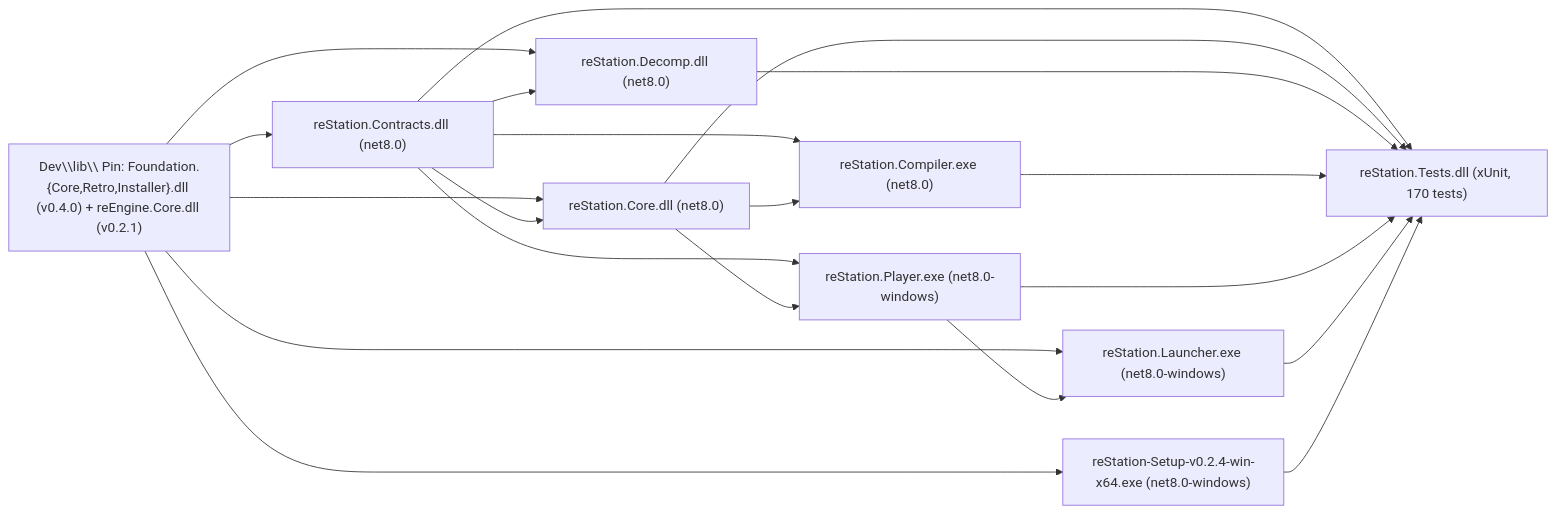
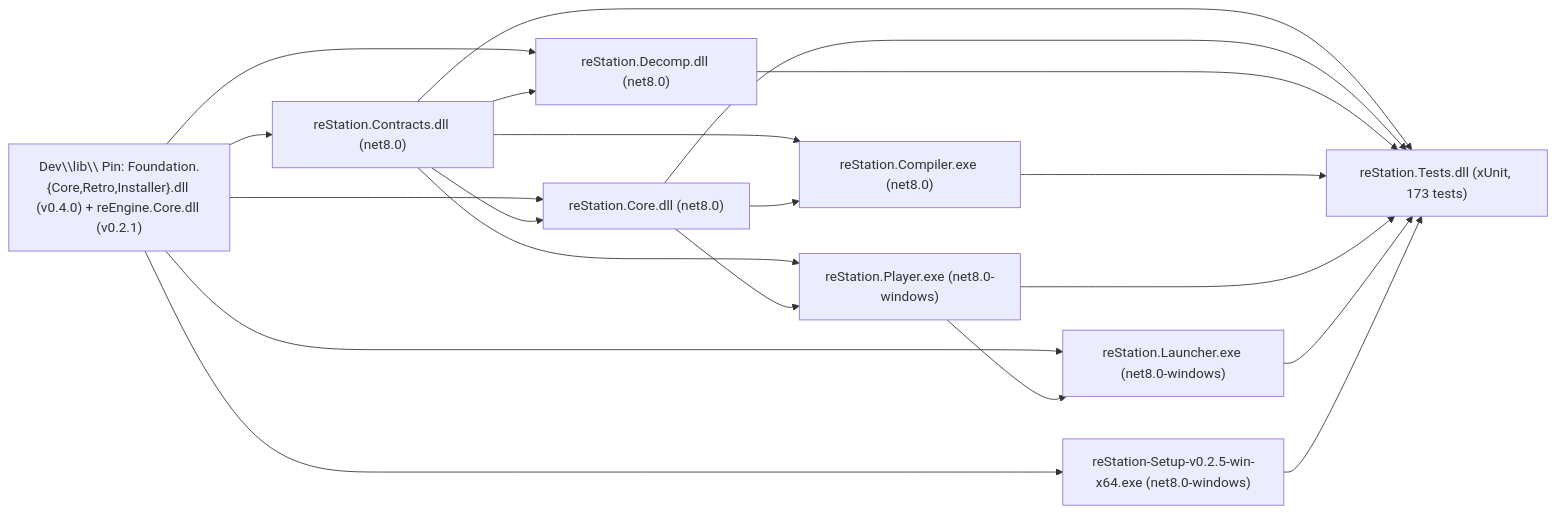
The second of 2 diagrams in Dev/docs/ARCHITECTURE.md (StreamItAllGit/reSlate), drawn with Mermaid before and after one commit. The commit also changed other lines of this file and 26 other files, not shown here.

````diff
--- a/Dev/docs/ARCHITECTURE.md
+++ b/Dev/docs/ARCHITECTURE.md
@@ -51,32 +51,32 @@
 ```mermaid
 flowchart LR
     EXT["Dev\\lib\\ Pin: Foundation.{Core,Retro,Installer}.dll (v0.4.0) + reEngine.Core.dll (v0.2.1)"]
     CON["reStation.Contracts.dll (net8.0)"]
     CORE["reStation.Core.dll (net8.0)"]
     DEC["reStation.Decomp.dll (net8.0)"]
     CMP["reStation.Compiler.exe (net8.0)"]
     PLY["reStation.Player.exe (net8.0-windows)"]
     LNC["reStation.Launcher.exe (net8.0-windows)"]
-    INS["reStation-Setup-v0.2.4-win-x64.exe (net8.0-windows)"]
-    TST["reStation.Tests.dll (xUnit, 170 tests)"]
+    INS["reStation-Setup-v0.2.5-win-x64.exe (net8.0-windows)"]
+    TST["reStation.Tests.dll (xUnit, 173 tests)"]
 
     EXT --> CON
     EXT --> CORE
     EXT --> DEC
     EXT --> INS
     EXT --> LNC
     CON --> CORE
     CON --> DEC
     CON --> CMP
     CON --> PLY
     CORE --> CMP
     CORE --> PLY
     PLY --> LNC
     CON --> TST
     CORE --> TST
     DEC --> TST
     CMP --> TST
     PLY --> TST
     LNC --> TST
     INS --> TST
 ```
````
